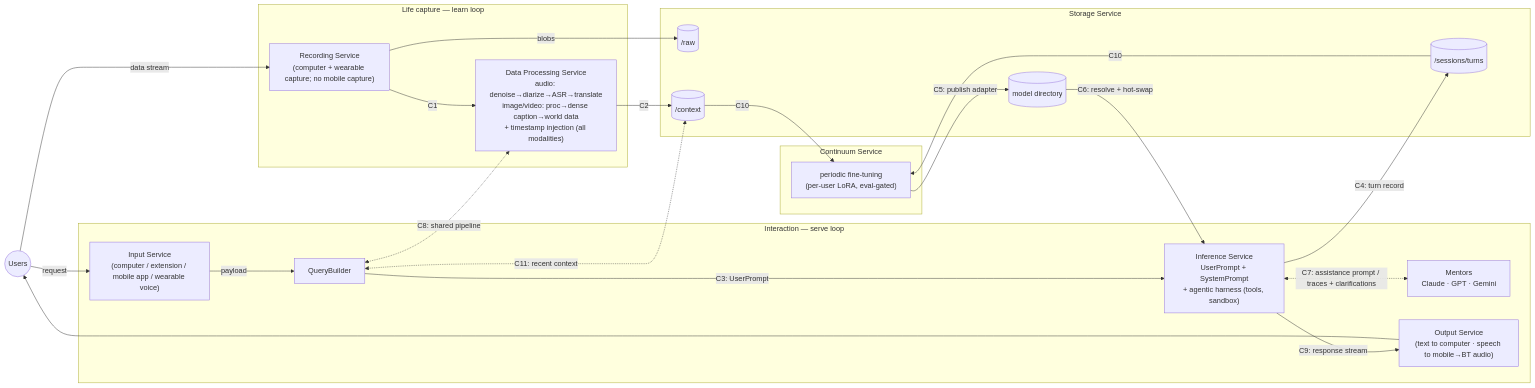
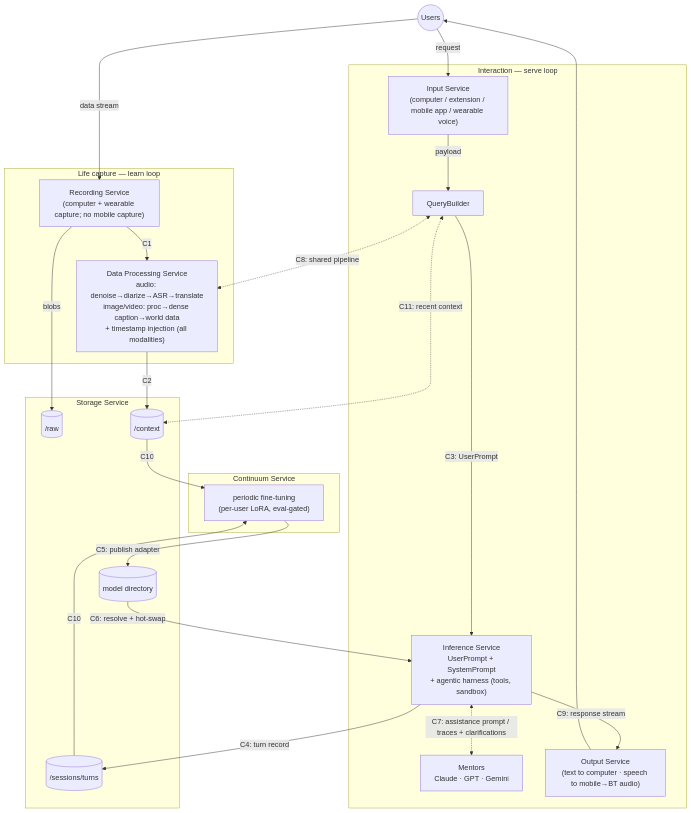
One commit to nmnWithNucleus/continual-learning changed the diagram in product/ARCHITECTURE.md. Above: the diagram before and after it, drawn with Mermaid. The commit also changed other lines of this file, not shown here.

Commit message:
docs: top-down system diagram; drop a redundant cross-reference
Mermaid flowchart LR -> TD, so the capture / interaction / storage
subgraphs stack vertically instead of running off the side.

The §Stage bullet on claiming-built-when-decided no longer names D17's
O-12 correction and D18's status split inline — both are one click away
in DECISIONS.md, and the register is meant to be cited, not echoed.

````diff
--- a/product/ARCHITECTURE.md
+++ b/product/ARCHITECTURE.md
@@ -53,41 +53,41 @@
 ```mermaid
-flowchart LR
+flowchart TD
   U((Users))
 
   subgraph capture [Life capture — learn loop]
     RS["Recording Service<br/>(computer + wearable capture; no mobile capture)"]
     DPS["Data Processing Service<br/>audio: denoise→diarize→ASR→translate<br/>image/video: proc→dense caption→world data<br/>+ timestamp injection (all modalities)"]
   end
 
   subgraph interact [Interaction — serve loop]
     IS["Input Service<br/>(computer / extension / mobile app / wearable voice)"]
     QB[QueryBuilder]
     INF["Inference Service<br/>UserPrompt + SystemPrompt<br/>+ agentic harness (tools, sandbox)"]
     MEN["Mentors<br/>Claude · GPT · Gemini"]
     OS["Output Service<br/>(text to computer · speech to mobile→BT audio)"]
   end
 
   subgraph data [Storage Service]
     RAW[("/raw")]
     CTX[("/context")]
     SES[("/sessions/turns")]
     MD[("model directory")]
   end
 
   subgraph learn [Continuum Service]
     FT["periodic fine-tuning<br/>(per-user LoRA, eval-gated)"]
   end
 
   U -- data stream --> RS -- C1 --> DPS -- C2 --> CTX
   RS -- blobs --> RAW
   U -- request --> IS -- payload --> QB -- C3: UserPrompt --> INF
   QB <-. C8: shared pipeline .-> DPS
   QB <-. C11: recent context .-> CTX
   INF -- C4: turn record --> SES
   INF <-. "C7: assistance prompt / traces + clarifications" .-> MEN
   INF -- C9: response stream --> OS --> U
   CTX -- C10 --> FT
   SES -- C10 --> FT
   FT -- C5: publish adapter --> MD
   MD -- C6: resolve + hot-swap --> INF
 ```
````
